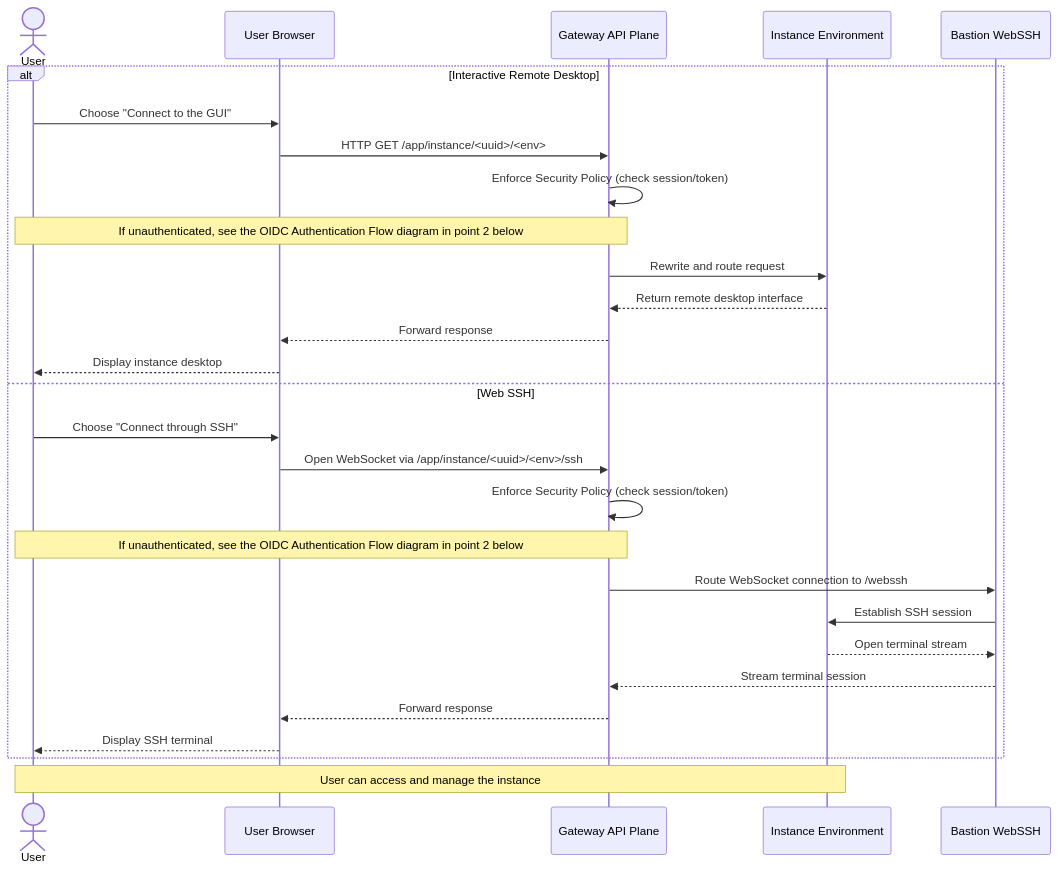
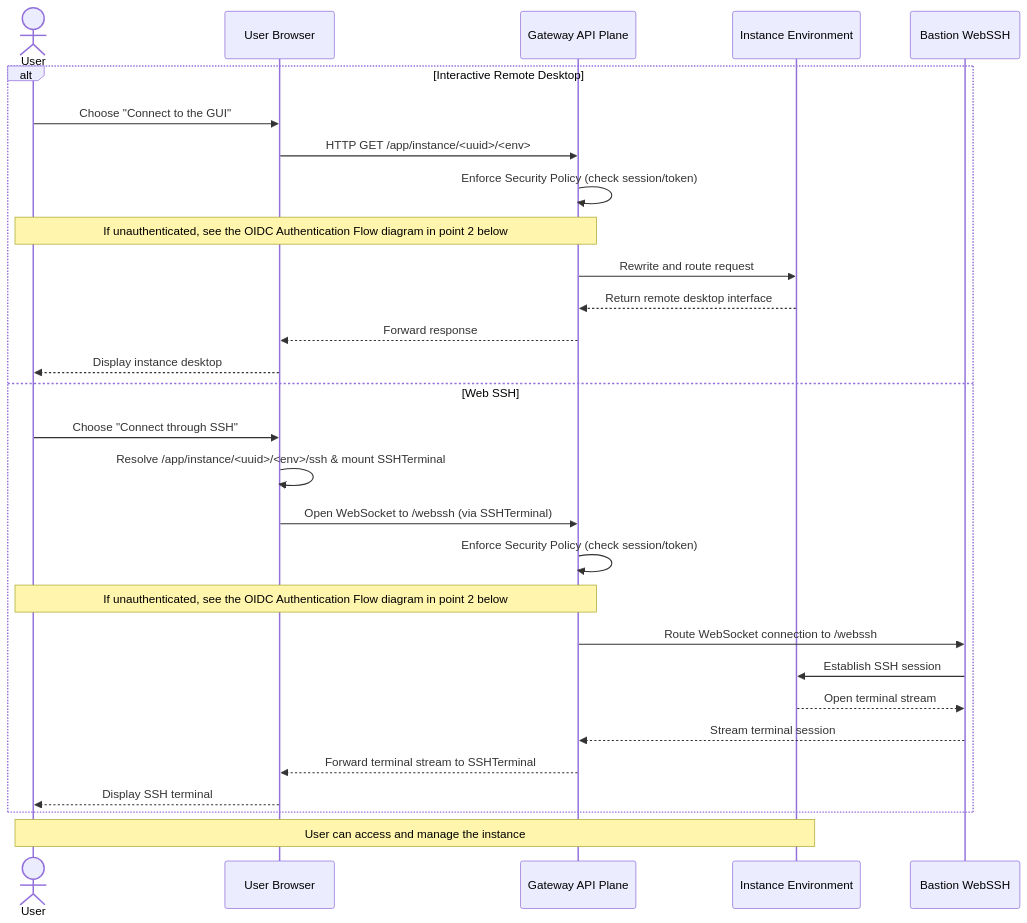
Before and after one commit to netgroup-polito/CrownLabs: the third of 4 diagrams in frontend/README.md, drawn with Mermaid.

Commit message:
fix the connect through ssh diagram

````diff
--- a/frontend/README.md
+++ b/frontend/README.md
@@ -100,31 +100,32 @@
 ```mermaid
 sequenceDiagram
     actor User
     participant Browser as User Browser
     participant LB as Gateway API Plane
     participant Instance as Instance Environment
     participant Bastion as Bastion WebSSH
 
     alt Interactive Remote Desktop
         User->>Browser: Choose "Connect to the GUI"
         Browser->>LB: HTTP GET /app/instance/<uuid>/<env>
         LB->>LB: Enforce Security Policy (check session/token)
         Note over User,LB: If unauthenticated, see the OIDC Authentication Flow diagram in point 2 below
         LB->>Instance: Rewrite and route request
         Instance-->>LB: Return remote desktop interface
         LB-->>Browser: Forward response
         Browser-->>User: Display instance desktop
     else Web SSH
         User->>Browser: Choose "Connect through SSH"
-        Browser->>LB: Open WebSocket via /app/instance/<uuid>/<env>/ssh 
+        Browser->>Browser: Resolve /app/instance/<uuid>/<env>/ssh & mount SSHTerminal
+        Browser->>LB: Open WebSocket to /webssh (via SSHTerminal)
         LB->>LB: Enforce Security Policy (check session/token)
         Note over User,LB: If unauthenticated, see the OIDC Authentication Flow diagram in point 2 below
         LB->>Bastion: Route WebSocket connection to /webssh
         Bastion->>Instance: Establish SSH session
         Instance-->>Bastion: Open terminal stream
         Bastion-->>LB: Stream terminal session
-        LB-->>Browser: Forward response
+        LB-->>Browser: Forward terminal stream to SSHTerminal
         Browser-->>User: Display SSH terminal
     end
     Note over User,Instance: User can access and manage the instance
 ```
````
